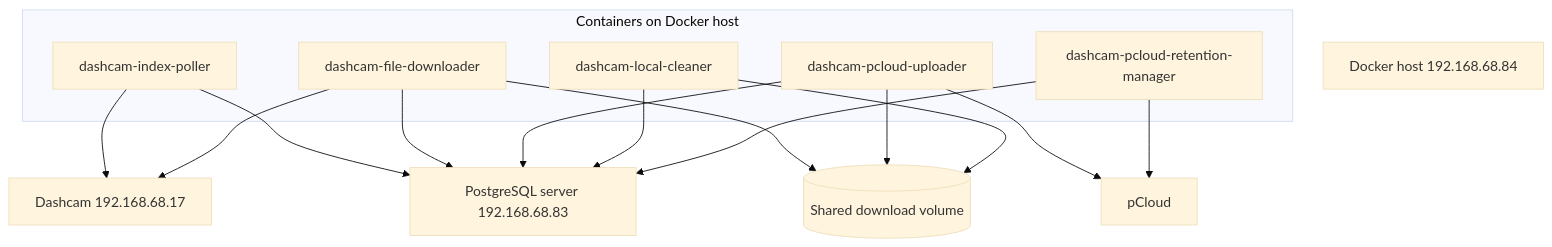
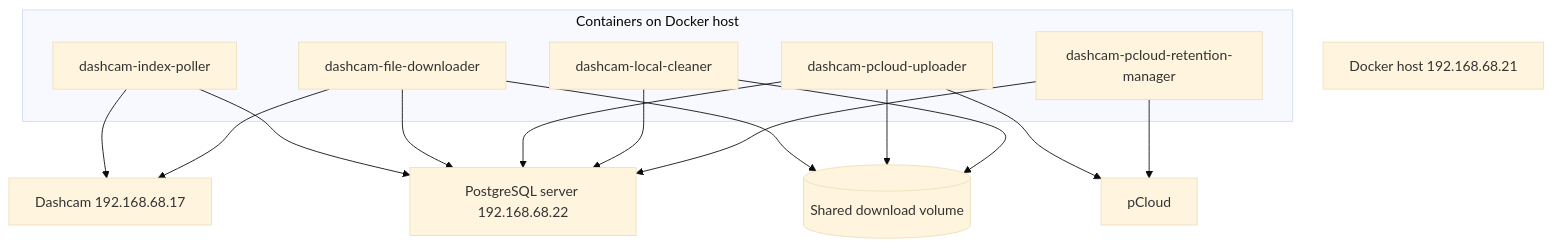
The diagram in docs/common/operations.md (c0d3rb4b4/dashcam-downloader), drawn with Mermaid (base theme) before and after one commit. The commit also changed other lines of this file and 10 other files, not shown here.

````diff
--- a/docs/common/operations.md
+++ b/docs/common/operations.md
@@ -9,29 +13,29 @@
 ```mermaid
 flowchart TB
-    Host["Docker host 192.168.68.84"]
-    DB["PostgreSQL server 192.168.68.83"]
+    Host["Docker host 192.168.68.21"]
+    DB["PostgreSQL server 192.168.68.22"]
     Camera["Dashcam 192.168.68.17"]
     PCloud["pCloud"]
     Volume[("Shared download volume")]
 
     subgraph HostServices["Containers on Docker host"]
         Poller["dashcam-index-poller"]
         Downloader["dashcam-file-downloader"]
         Uploader["dashcam-pcloud-uploader"]
         Cleaner["dashcam-local-cleaner"]
         Retention["dashcam-pcloud-retention-manager"]
     end
 
     Poller --> Camera
     Downloader --> Camera
     Poller --> DB
     Downloader --> DB
     Uploader --> DB
     Cleaner --> DB
     Retention --> DB
     Downloader --> Volume
     Uploader --> Volume
     Cleaner --> Volume
     Uploader --> PCloud
     Retention --> PCloud
 ```
````
